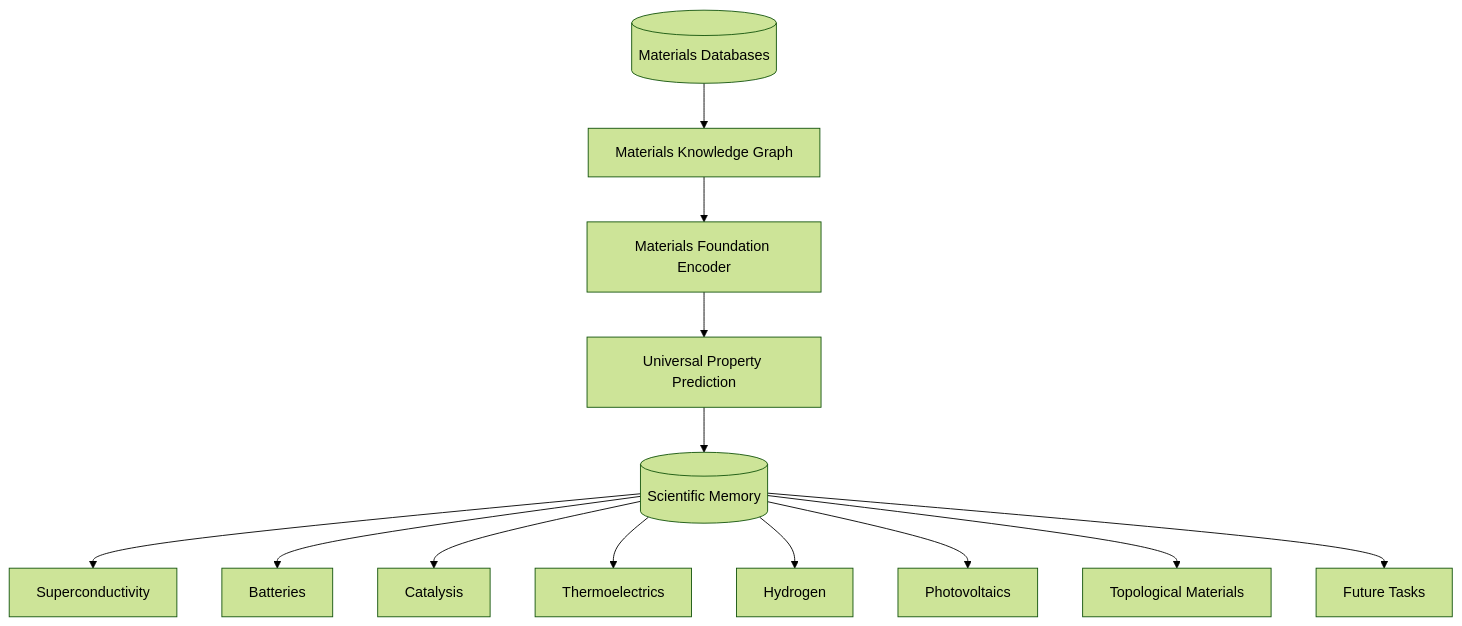
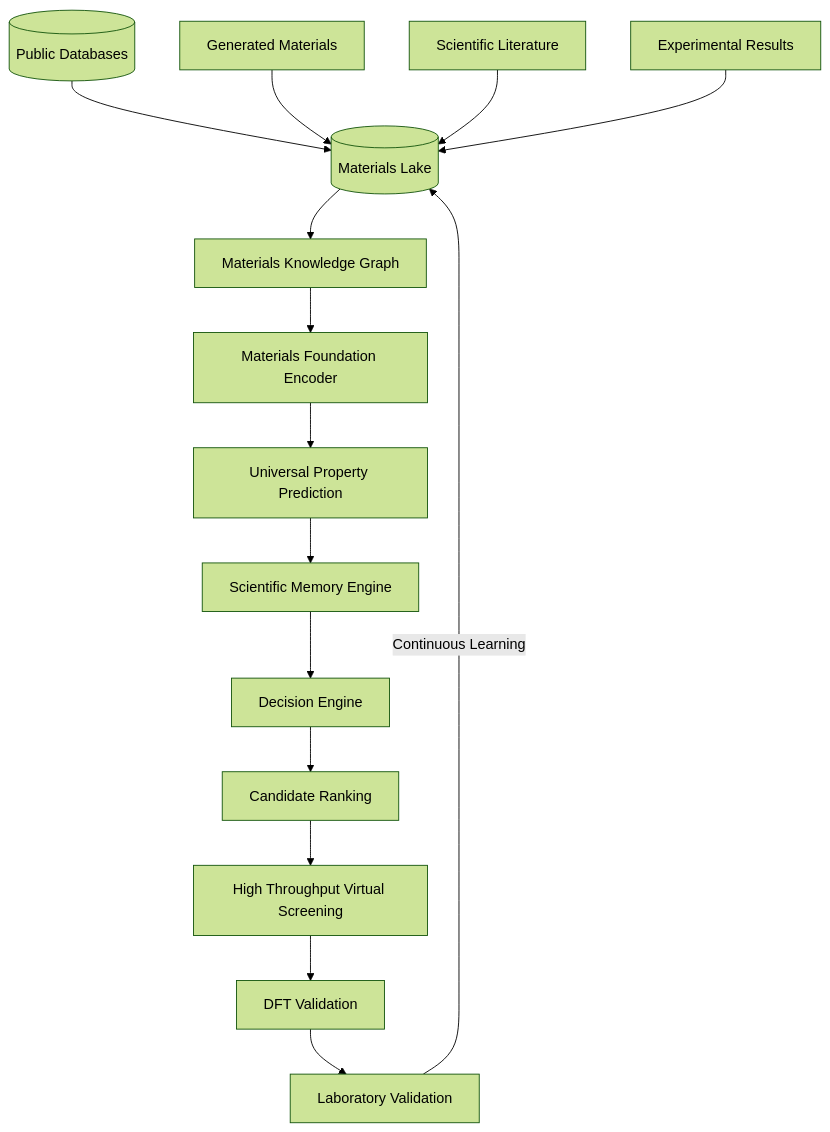
Before and after one commit to RYuK006/Q-MATIS: the diagram in README.md, drawn with Mermaid (forest theme). The commit also changed other lines of this file and 43 other files, not shown here.

Commit message:
docs: redefine Q-MATIS as a universal materials intelligence platform and scientific memory engine

````diff
--- a/README.md
+++ b/README.md
@@ -45,16 +56,18 @@
 ```mermaid
 graph TD
-    A[(Materials Databases)] --> B[Materials Knowledge Graph]
-    B --> C[Materials Foundation Encoder]
-    C --> D[Universal Property Prediction]
-    D --> E[(Scientific Memory)]
-    
-    E --> F1[Superconductivity]
-    E --> F2[Batteries]
-    E --> F3[Catalysis]
-    E --> F4[Thermoelectrics]
-    E --> F5[Hydrogen]
-    E --> F6[Photovoltaics]
-    E --> F7[Topological Materials]
-    E --> F8[Future Tasks]
+    A1[(Public Databases)] --> ML[(Materials Lake)]
+    A2[Generated Materials] --> ML
+    A3[Scientific Literature] --> ML
+    A4[Experimental Results] --> ML
+
+    ML --> MKG[Materials Knowledge Graph]
+    MKG --> MFE[Materials Foundation Encoder]
+    MFE --> UPP[Universal Property Prediction]
+    UPP --> SME[Scientific Memory Engine]
+    SME --> DE[Decision Engine]
+    DE --> CR[Candidate Ranking]
+    CR --> HTVS[High Throughput Virtual Screening]
+    HTVS --> DFT[DFT Validation]
+    DFT --> LV[Laboratory Validation]
+    LV -->|Continuous Learning| ML
 ```
````
